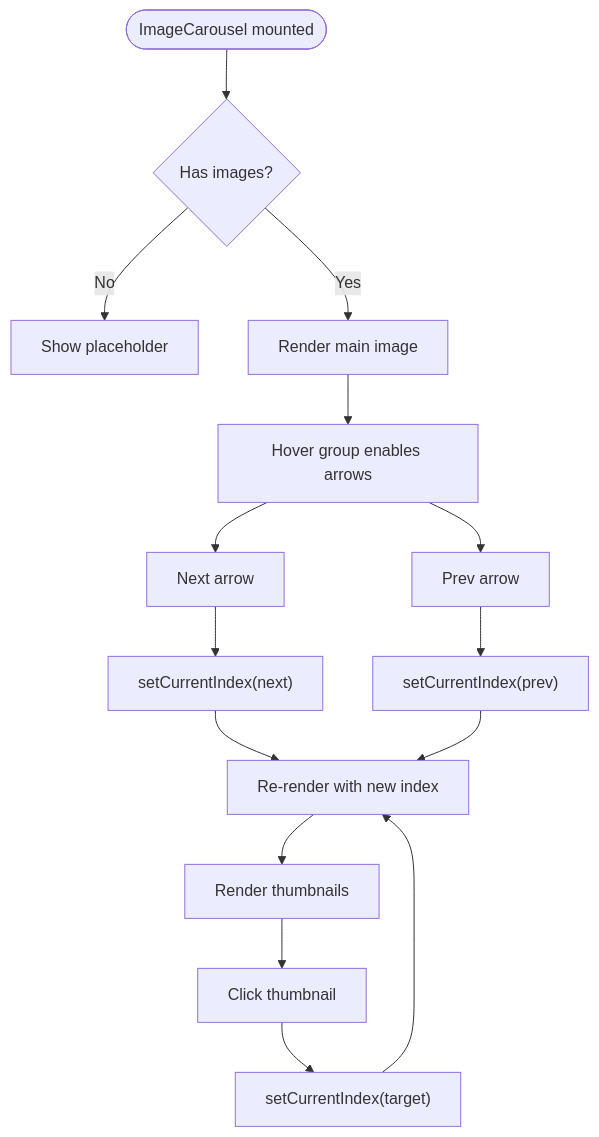
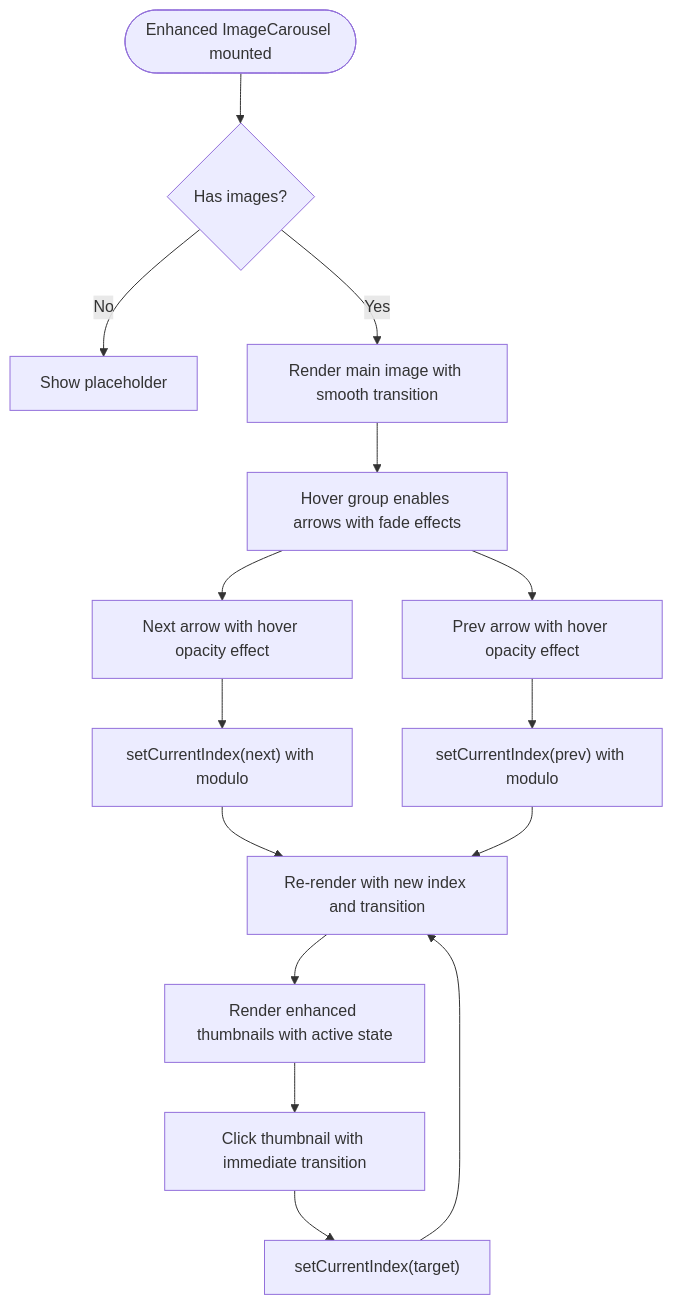
The third of 5 diagrams in .qoder/repowiki/en/content/Shopping Experience/Product Details & Selection.md (Pavan-PSPK9032/TrendsandToss), drawn with Mermaid before and after one commit. The commit also changed other lines of this file and 16 other files, not shown here.

````diff
--- a/.qoder/repowiki/en/content/Shopping Experience/Product Details & Selection.md
+++ b/.qoder/repowiki/en/content/Shopping Experience/Product Details & Selection.md
@@ -185,17 +212,17 @@
 ```mermaid
 flowchart TD
-Start(["ImageCarousel mounted"]) --> CheckImages{"Has images?"}
+Start(["Enhanced ImageCarousel mounted"]) --> CheckImages{"Has images?"}
 CheckImages --> |No| Placeholder["Show placeholder"]
-CheckImages --> |Yes| RenderMain["Render main image"]
-RenderMain --> HoverGroup["Hover group enables arrows"]
-HoverGroup --> PrevBtn["Prev arrow"]
-HoverGroup --> NextBtn["Next arrow"]
-NextBtn --> UpdateIndex["setCurrentIndex(next)"]
-PrevBtn --> UpdateIndexPrev["setCurrentIndex(prev)"]
-UpdateIndex --> ReRender["Re-render with new index"]
+CheckImages --> |Yes| RenderMain["Render main image with smooth transition"]
+RenderMain --> HoverGroup["Hover group enables arrows with fade effects"]
+HoverGroup --> PrevBtn["Prev arrow with hover opacity effect"]
+HoverGroup --> NextBtn["Next arrow with hover opacity effect"]
+NextBtn --> UpdateIndex["setCurrentIndex(next) with modulo"]
+PrevBtn --> UpdateIndexPrev["setCurrentIndex(prev) with modulo"]
+UpdateIndex --> ReRender["Re-render with new index and transition"]
 UpdateIndexPrev --> ReRender
-ReRender --> Thumbnails["Render thumbnails"]
-Thumbnails --> ClickThumb["Click thumbnail"]
+ReRender --> Thumbnails["Render enhanced thumbnails with active state"]
+Thumbnails --> ClickThumb["Click thumbnail with immediate transition"]
 ClickThumb --> SetIndex["setCurrentIndex(target)"]
 SetIndex --> ReRender
 ```
````
